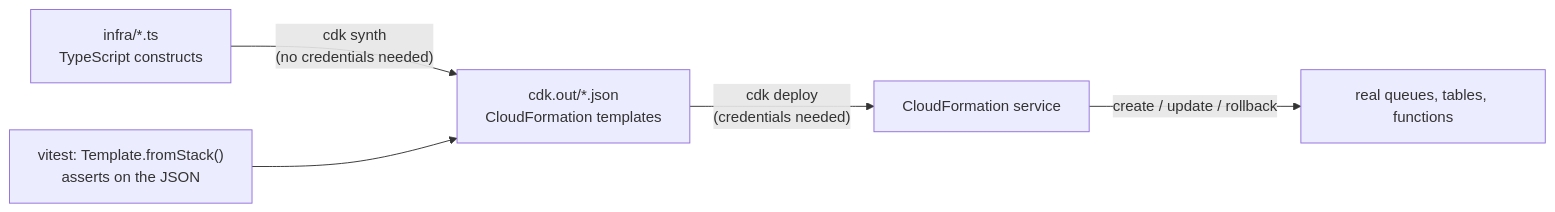
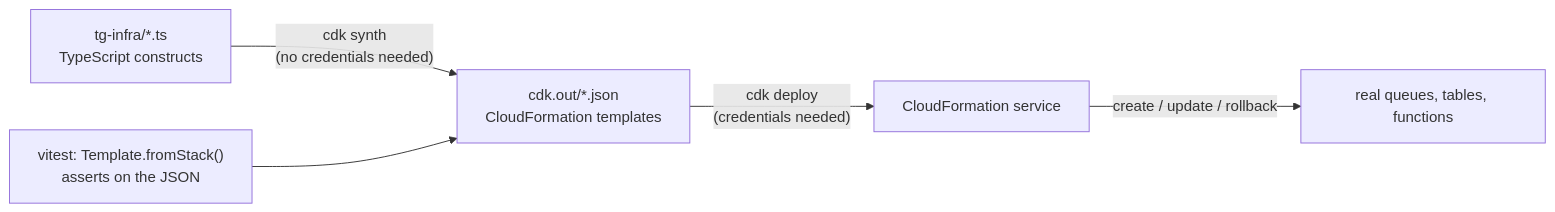
One commit to alitskevich/telegator changed the tenth of 11 diagrams in docs/telegator.md. Above: the diagram before and after it, drawn with Mermaid. The commit also changed other lines of this file and 486 other files, not shown here.

````diff
--- a/docs/telegator.md
+++ b/docs/telegator.md
@@ -1375,7 +1375,7 @@
 ```mermaid
 flowchart LR
-  TS["infra/*.ts<br/>TypeScript constructs"] -->|"cdk synth<br/>(no credentials needed)"| Tpl["cdk.out/*.json<br/>CloudFormation templates"]
+  TS["tg-infra/*.ts<br/>TypeScript constructs"] -->|"cdk synth<br/>(no credentials needed)"| Tpl["cdk.out/*.json<br/>CloudFormation templates"]
   Tpl -->|"cdk deploy<br/>(credentials needed)"| CF["CloudFormation service"]
   CF -->|"create / update / rollback"| Res2["real queues, tables, functions"]
   Test["vitest: Template.fromStack()<br/>asserts on the JSON"] --> Tpl
 ```
````
